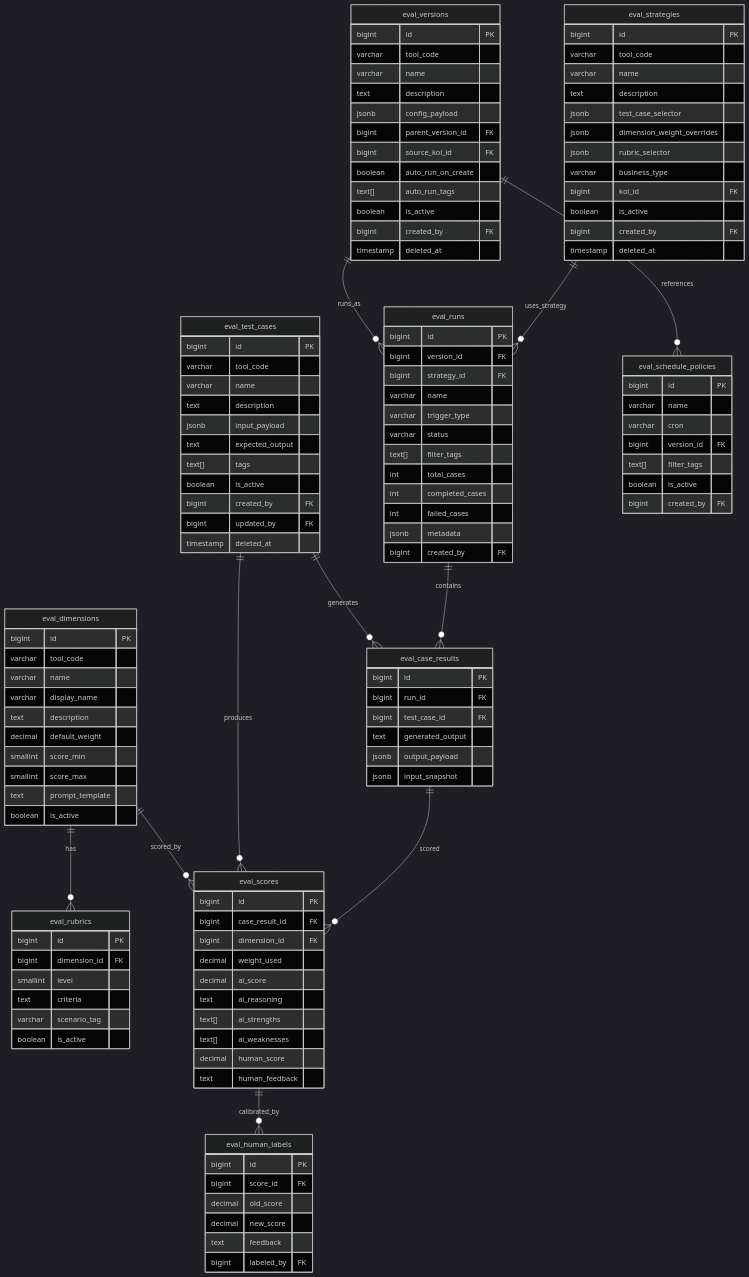
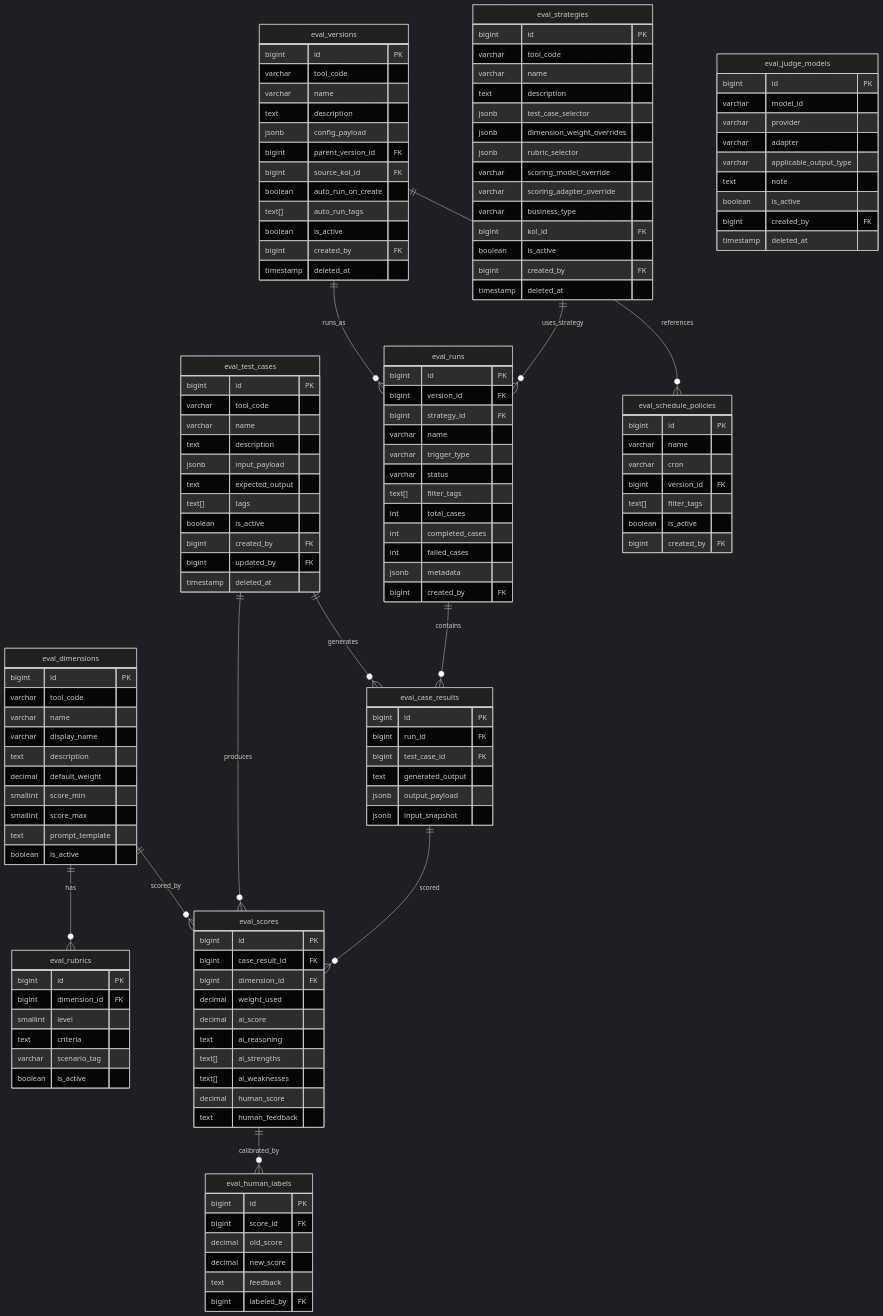
Before and after one commit to Aiintalk/New_Mcn_Platform: the fourth of 4 diagrams in docs/superpowers/specs/2026-07-20-aigc-evaluation-system-design.md, drawn with Mermaid (dark theme). The commit also changed other lines of this file and 5 other files, not shown here.

````diff
--- a/docs/superpowers/specs/2026-07-20-aigc-evaluation-system-design.md
+++ b/docs/superpowers/specs/2026-07-20-aigc-evaluation-system-design.md
@@ -808,10 +885,24 @@
         jsonb test_case_selector
         jsonb dimension_weight_overrides
         jsonb rubric_selector
+        varchar scoring_model_override
+        varchar scoring_adapter_override
         varchar business_type
         bigint kol_id FK
         boolean is_active
         bigint created_by FK
         timestamp deleted_at
     }
+
+    eval_judge_models {
+        bigint id PK
+        varchar model_id
+        varchar provider
+        varchar adapter
+        varchar applicable_output_type
+        text note
+        boolean is_active
+        bigint created_by FK
+        timestamp deleted_at
+    }
 ```
````
